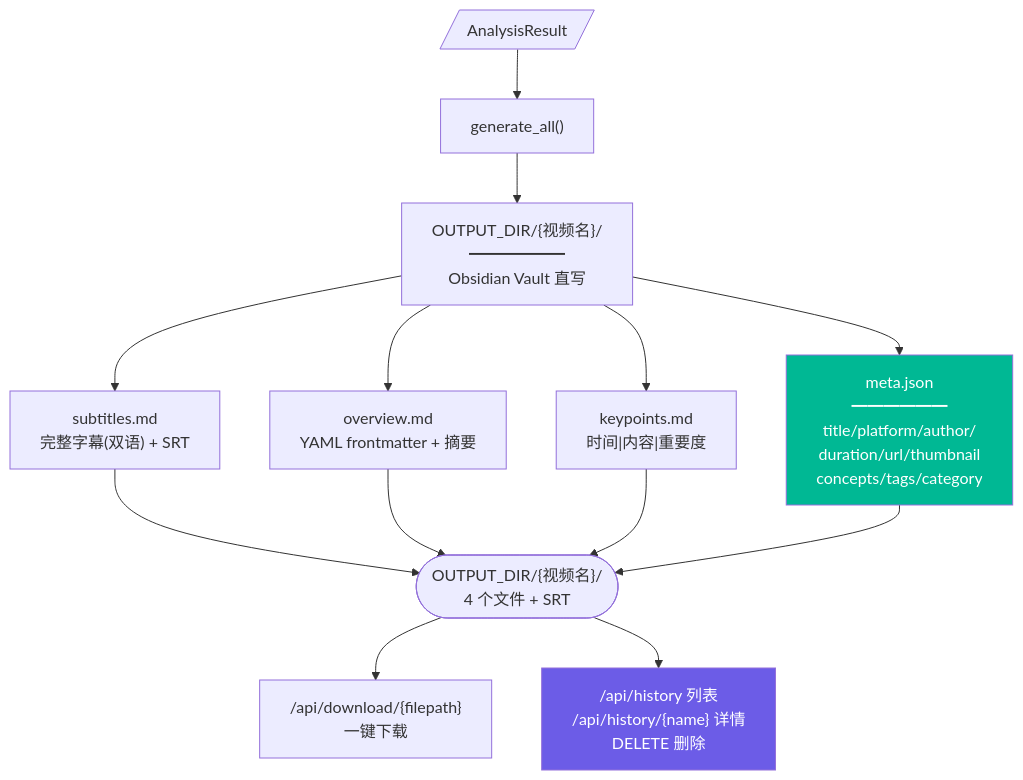
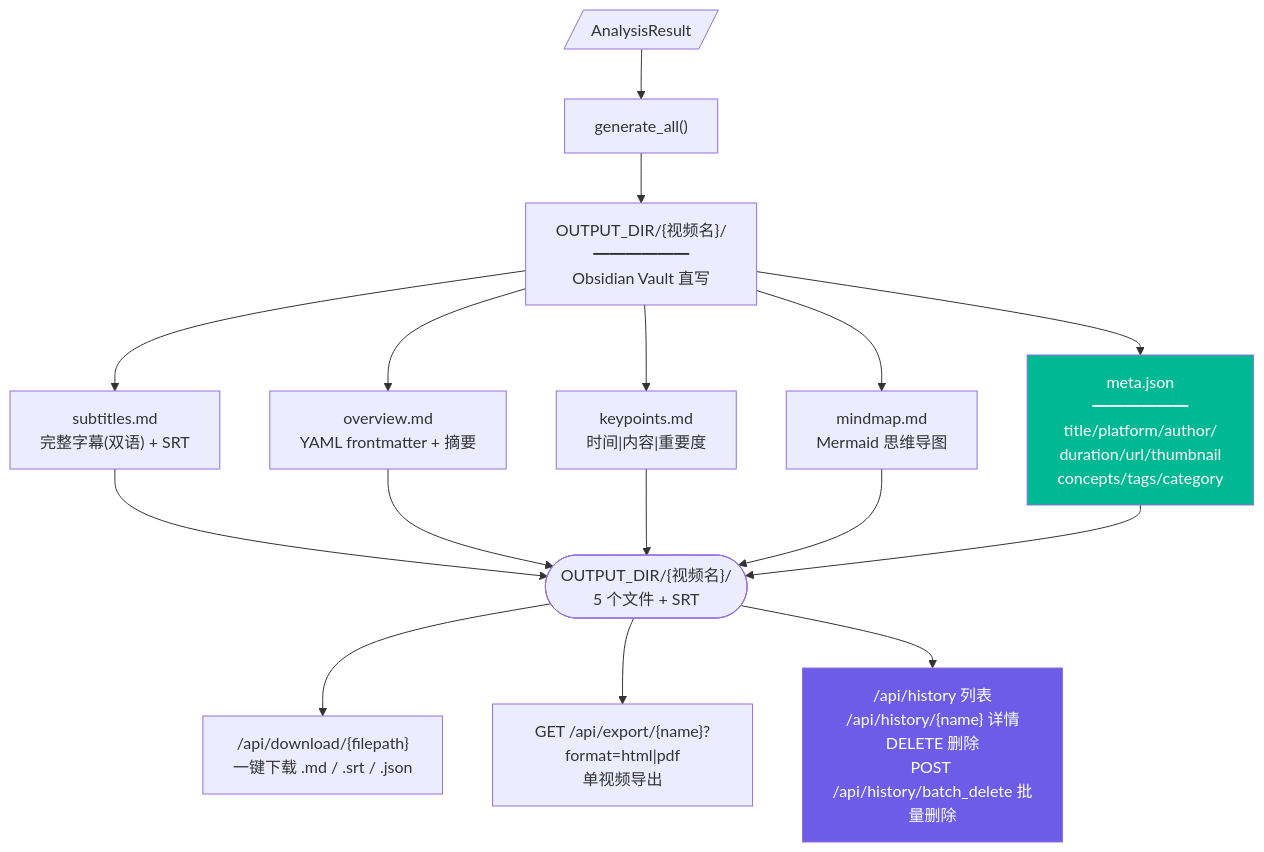
Before and after one commit to zoneby-Alex/scan: the sixth of 9 diagrams in 迭代文档/流程图.md, drawn with Mermaid. The commit also changed other lines of this file and 18 other files, not shown here.

First line of the commit message:
Phase 4: RAG reranker + mindmap + multi-video comparator + tests

````diff
--- a/迭代文档/流程图.md
+++ b/迭代文档/流程图.md
@@ -154,22 +172,25 @@
 ```mermaid
 flowchart TD
     RESULT[/"AnalysisResult"/] --> GEN["generate_all()"]
     
     GEN --> FOLDER["OUTPUT_DIR/{视频名}/<br/>━━━━━━<br/>Obsidian Vault 直写"]
     
     FOLDER --> F1["subtitles.md<br/>完整字幕(双语) + SRT"]
     FOLDER --> F2["overview.md<br/>YAML frontmatter + 摘要"]
     FOLDER --> F3["keypoints.md<br/>时间|内容|重要度"]
+    FOLDER --> F4["mindmap.md<br/>Mermaid 思维导图"]
     FOLDER --> META["meta.json<br/>━━━━━━<br/>title/platform/author/<br/>duration/url/thumbnail<br/>concepts/tags/category"]
     
-    F1 --> DONE_OUT(["OUTPUT_DIR/{视频名}/<br/>4 个文件 + SRT"])
+    F1 --> DONE_OUT(["OUTPUT_DIR/{视频名}/<br/>5 个文件 + SRT"])
     F2 --> DONE_OUT
     F3 --> DONE_OUT
+    F4 --> DONE_OUT
     META --> DONE_OUT
     
-    DONE_OUT --> DOWNLOAD["/api/download/{filepath}<br/>一键下载"]
-    DONE_OUT --> HISTORY["/api/history 列表<br/>/api/history/{name} 详情<br/>DELETE 删除"]
+    DONE_OUT --> DOWNLOAD["/api/download/{filepath}<br/>一键下载 .md / .srt / .json"]
+    DONE_OUT --> EXPORT_SINGLE["GET /api/export/{name}?format=html|pdf<br/>单视频导出"]
+    DONE_OUT --> HISTORY["/api/history 列表<br/>/api/history/{name} 详情<br/>DELETE 删除<br/>POST /api/history/batch_delete 批量删除"]
     
     style META fill:#00b894,color:#fff
     style HISTORY fill:#6c5ce7,color:#fff
 ```
````
